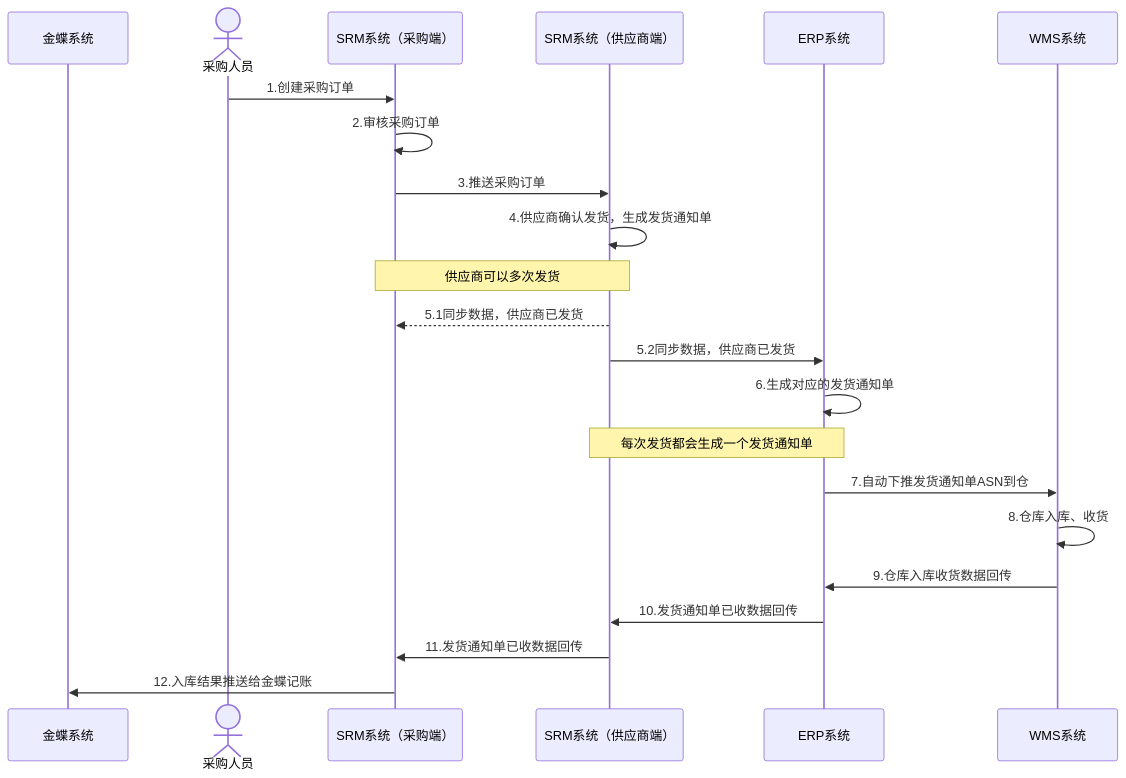
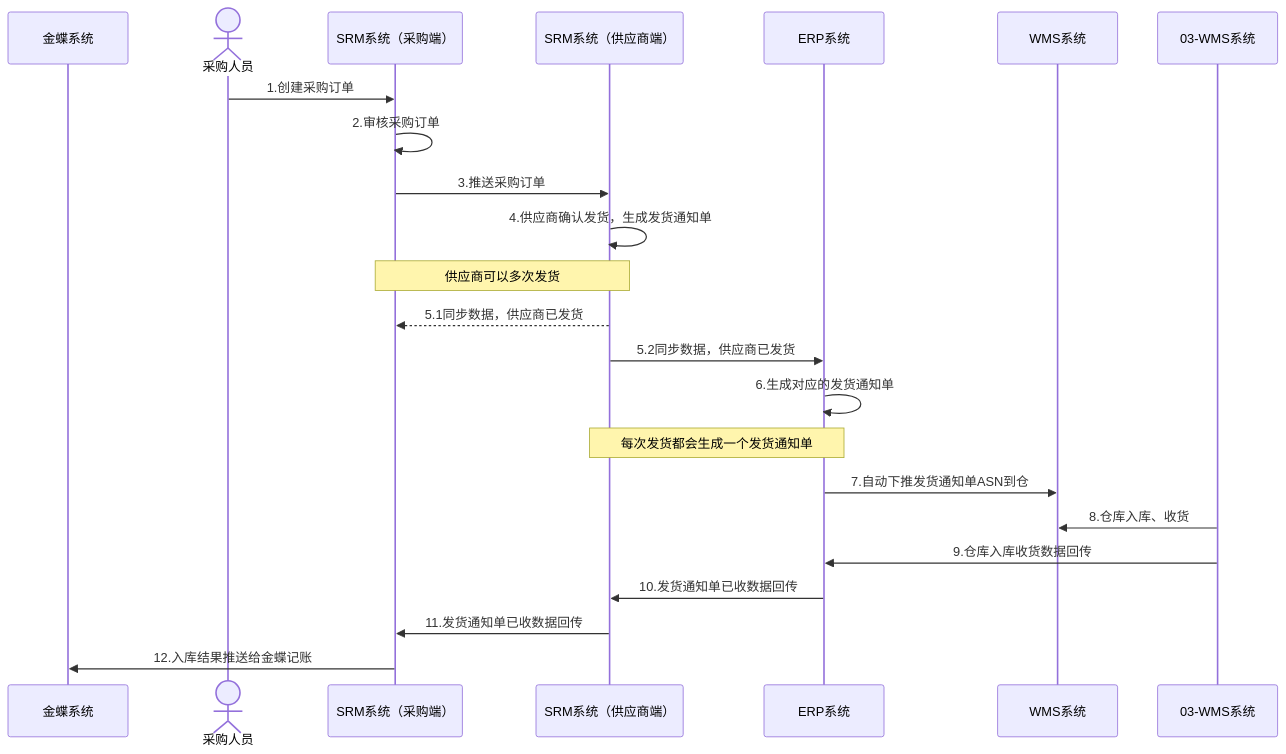
The second of 2 diagrams in 供应链系统资料/维他命_产品私享课/业务案例与场景分享/采购相关的场景.md (chao1927/scm), drawn with Mermaid before and after one commit. The commit also changed 284 other files, not shown here.

````diff
--- a/供应链系统资料/维他命_产品私享课/业务案例与场景分享/采购相关的场景.md
+++ b/供应链系统资料/维他命_产品私享课/业务案例与场景分享/采购相关的场景.md
@@ -109,28 +109,28 @@
 ```mermaid
 sequenceDiagram
     participant 金蝶系统
     actor 采购人员
     participant SRM系统（采购端）
     participant SRM系统（供应商端）
     participant ERP系统
     participant WMS系统
 
     采购人员->>SRM系统（采购端）: 1.创建采购订单
     SRM系统（采购端）->> SRM系统（采购端）: 2.审核采购订单
     SRM系统（采购端）->>SRM系统（供应商端）: 3.推送采购订单
     SRM系统（供应商端）->>SRM系统（供应商端）: 4.供应商确认发货，生成发货通知单
     note over SRM系统（采购端）,SRM系统（供应商端）:供应商可以多次发货
 
     SRM系统（供应商端）-->>SRM系统（采购端）: 5.1同步数据，供应商已发货
     SRM系统（供应商端）->>ERP系统: 5.2同步数据，供应商已发货
     ERP系统->>ERP系统: 6.生成对应的发货通知单
     note over SRM系统（供应商端）,ERP系统:每次发货都会生成一个发货通知单
 
     ERP系统->>WMS系统: 7.自动下推发货通知单ASN到仓
-    WMS系统->>WMS系统: 8.仓库入库、收货
-    WMS系统->>ERP系统: 9.仓库入库收货数据回传
+    03-WMS系统->>WMS系统: 8.仓库入库、收货
+    03-WMS系统->>ERP系统: 9.仓库入库收货数据回传
 
     ERP系统->>SRM系统（供应商端）: 10.发货通知单已收数据回传
     SRM系统（供应商端）->>SRM系统（采购端）: 11.发货通知单已收数据回传
     SRM系统（采购端）->>金蝶系统: 12.入库结果推送给金蝶记账
 ```
````
